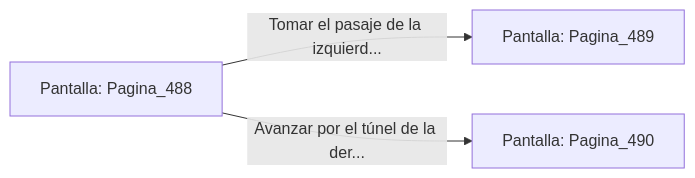
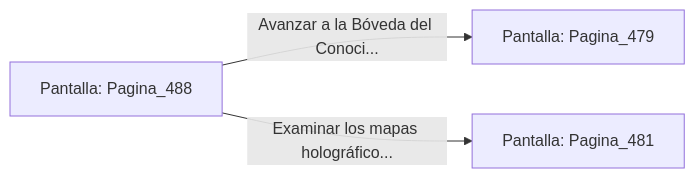
Before and after one commit to metsuke/mpl: the diagram in sample/eligejuego-vault/Pantalla_Pagina_488.md, drawn with Mermaid. The commit also changed other lines of this file and 635 other files, not shown here.

First line of the commit message:
fix: añadir Pagina_1 como pantalla inicial en capitulo_01.mpl

````diff
--- a/sample/eligejuego-vault/Pantalla_Pagina_488.md
+++ b/sample/eligejuego-vault/Pantalla_Pagina_488.md
@@ -20,6 +22,6 @@
 ```mermaid
 graph LR
     P_Pagina_488["Pantalla: Pagina_488"]
-    P_Pagina_488 -->|"Tomar el pasaje de la izquierd..."| P_Pagina_489["Pantalla: Pagina_489"]
-    P_Pagina_488 -->|"Avanzar por el túnel de la der..."| P_Pagina_490["Pantalla: Pagina_490"]
+    P_Pagina_488 -->|"Avanzar a la Bóveda del Conoci..."| P_Pagina_479["Pantalla: Pagina_479"]
+    P_Pagina_488 -->|"Examinar los mapas holográfico..."| P_Pagina_481["Pantalla: Pagina_481"]
 ```
````
